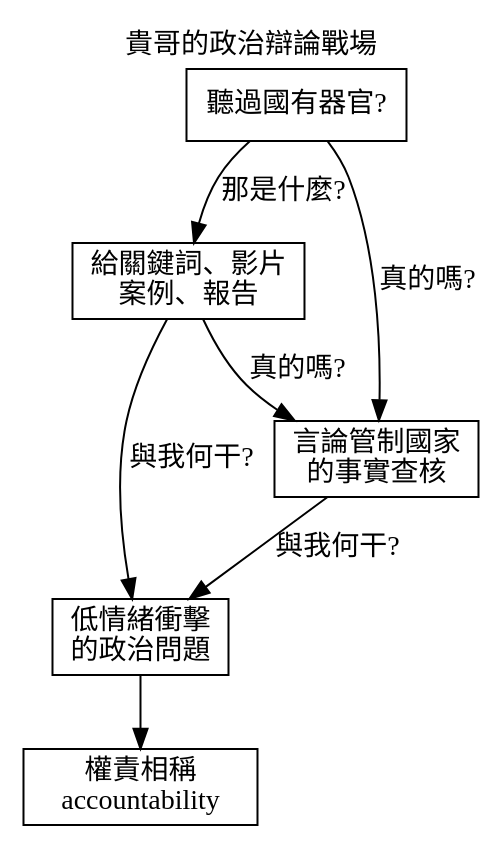
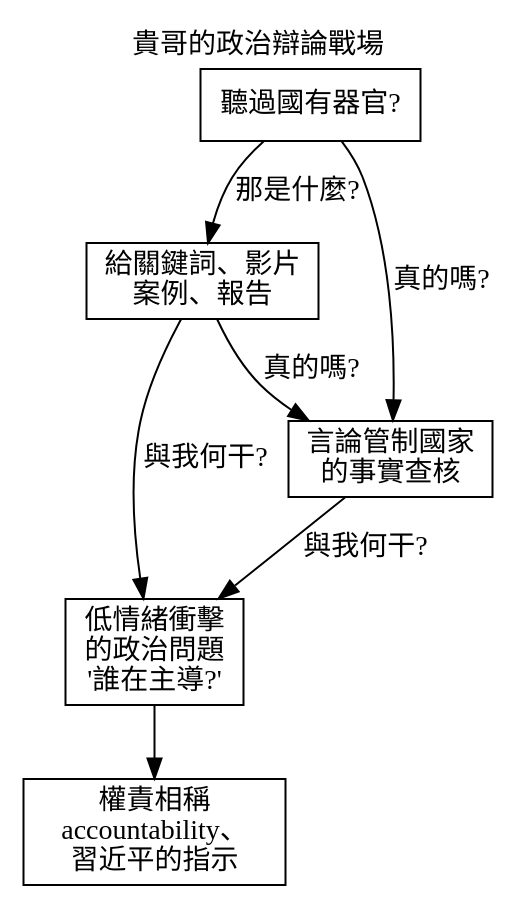
The diagram in a/m/25/greg-pol-strategy.dot (ckhung/ckhung.github.io), drawn with Graphviz before and after one commit. The commit also changed 4 other files, not shown here.

```diff
--- a/a/m/25/greg-pol-strategy.dot
+++ b/a/m/25/greg-pol-strategy.dot
@@ -1,20 +1,20 @@
 // dot -Tsvg greg-pol-strategy.dot -o greg-pol-strategy.svg
 digraph "貴哥的政治辯論戰場" {
 
     label = "貴哥的政治辯論戰場";
     node [ shape="box"; ];
     labelloc = "t";
     rankdir = "TB";
     overlap = scale;
 
     so [ label="聽過國有器官?"; ];
     cases [ label="給關鍵詞、影片\n案例、報告"; ];
     fc_difficulty [ label="言論管制國家\n的事實查核"; ];
-    low_emotion [ label="低情緒衝擊\n的政治問題"; ];
-    accountability [ label="權責相稱\naccountability"; ];
+    low_emotion [ label="低情緒衝擊\n的政治問題\n'誰在主導?'"; ];
+    accountability [ label="權責相稱\naccountability、\n習近平的指示"; ];
 
     so -> cases [ label="那是什麼?" ];
     { so cases } -> fc_difficulty [ label="真的嗎?" ];
     { cases fc_difficulty } -> low_emotion [ label="與我何干?"; ];
     low_emotion -> accountability;
 }
```
